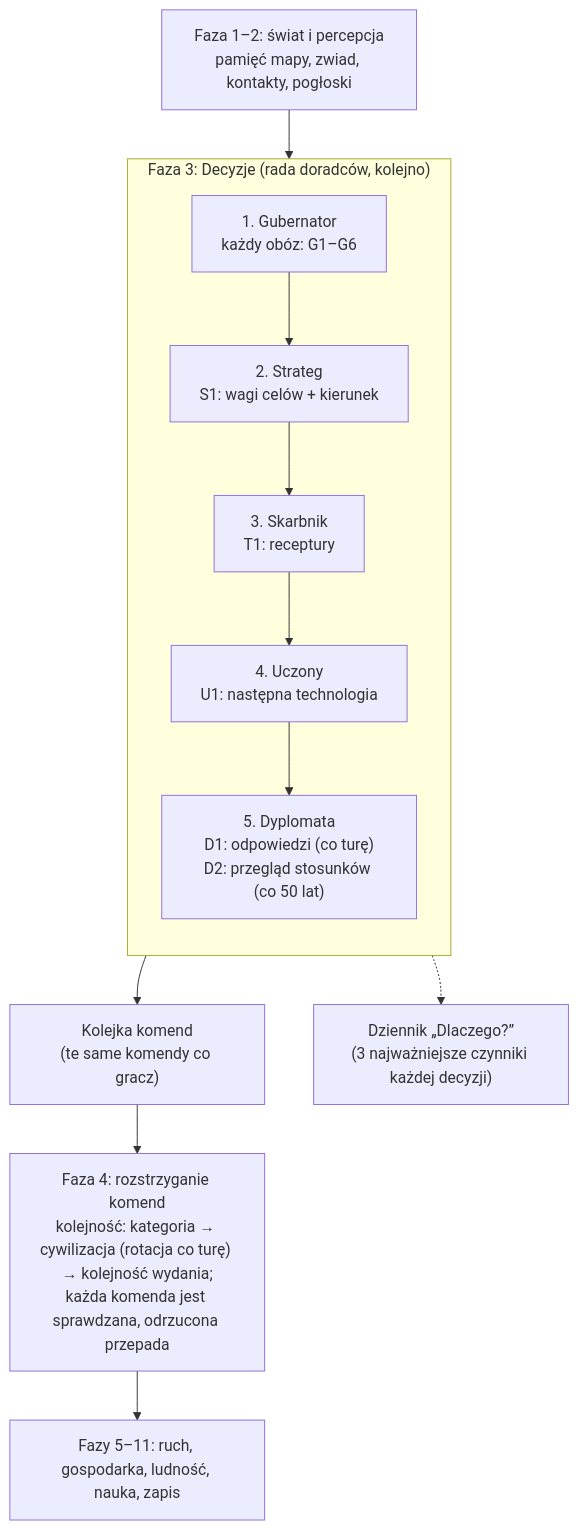
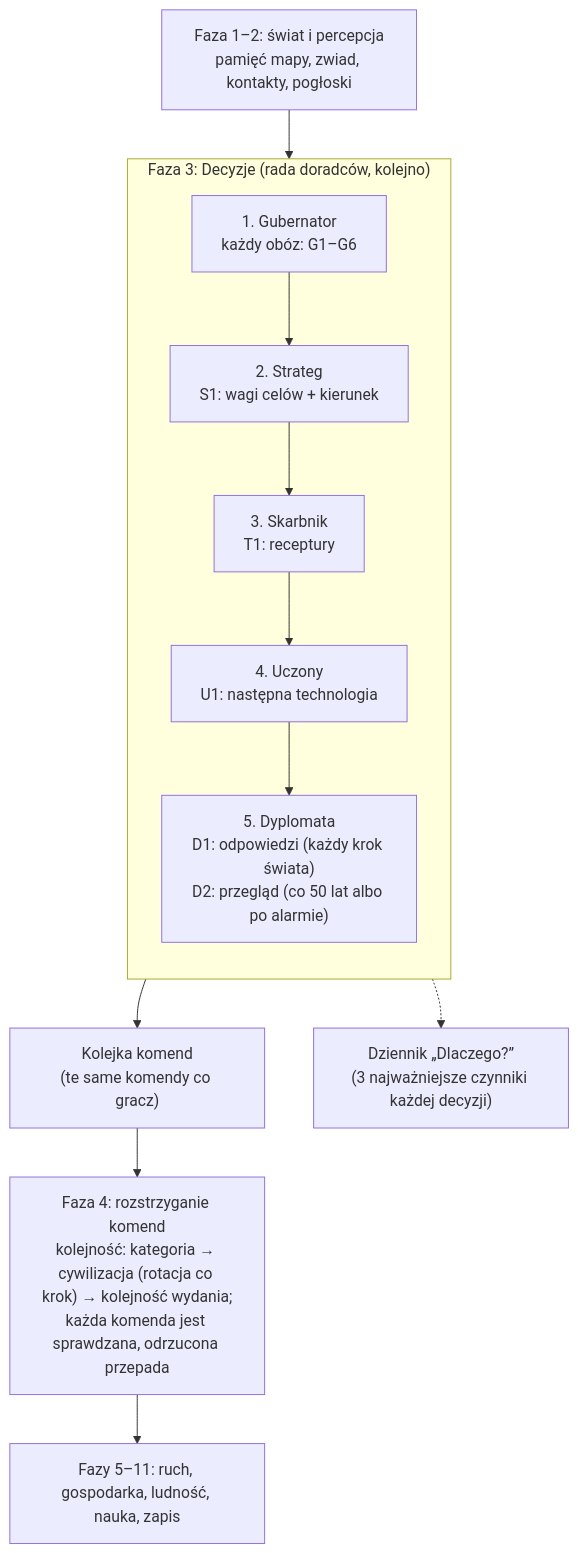
One commit to CoStellar/CivSim2 changed the diagram in docs/ai/README.md. Above: the diagram before and after it, drawn with Mermaid. The commit also changed other lines of this file and 27 other files, not shown here.

First line of the commit message:
Document the world clock: ADR 0018, GDD, system and AI docs, charts

````diff
--- a/docs/ai/README.md
+++ b/docs/ai/README.md
@@ -29,15 +33,15 @@
 ```mermaid
 flowchart TD
   P1["Faza 1–2: świat i percepcja<br/>pamięć mapy, zwiad, kontakty, pogłoski"] --> D
   subgraph D["Faza 3: Decyzje (rada doradców, kolejno)"]
     direction TB
     G["1. Gubernator<br/>każdy obóz: G1–G6"] --> S["2. Strateg<br/>S1: wagi celów + kierunek"]
     S --> T["3. Skarbnik<br/>T1: receptury"]
     T --> U["4. Uczony<br/>U1: następna technologia"]
-    U --> DP["5. Dyplomata<br/>D1: odpowiedzi (co turę)<br/>D2: przegląd stosunków (co 50 lat)"]
+    U --> DP["5. Dyplomata<br/>D1: odpowiedzi (każdy krok świata)<br/>D2: przegląd (co 50 lat albo po alarmie)"]
   end
   D --> Q["Kolejka komend<br/>(te same komendy co gracz)"]
-  Q --> R["Faza 4: rozstrzyganie komend<br/>kolejność: kategoria → cywilizacja (rotacja co turę) → kolejność wydania;<br/>każda komenda jest sprawdzana, odrzucona przepada"]
+  Q --> R["Faza 4: rozstrzyganie komend<br/>kolejność: kategoria → cywilizacja (rotacja co krok) → kolejność wydania;<br/>każda komenda jest sprawdzana, odrzucona przepada"]
   R --> E["Fazy 5–11: ruch, gospodarka, ludność, nauka, zapis"]
   D -.-> L["Dziennik „Dlaczego?”<br/>(3 najważniejsze czynniki każdej decyzji)"]
 ```
````
